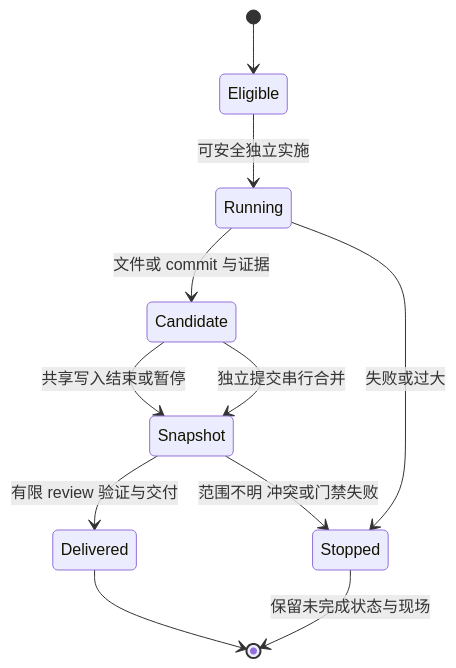
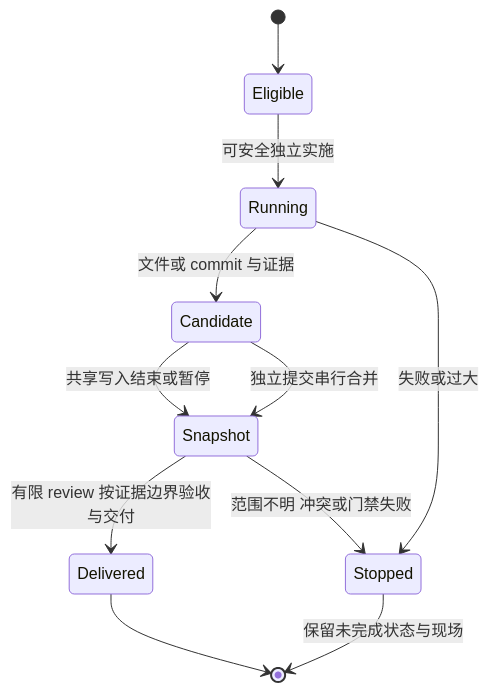
The sixth of 8 diagrams in docs/architecture/spec-implementation.md (liu-qingyuan/skills-sync-lqy), drawn with Mermaid before and after one commit. The commit also changed other lines of this file and 10 other files, not shown here.

````diff
--- a/docs/architecture/spec-implementation.md
+++ b/docs/architecture/spec-implementation.md
@@ -80,13 +84,13 @@
 ```mermaid
 stateDiagram-v2
     [*] --> Eligible
     Eligible --> Running: 可安全独立实施
     Running --> Candidate: 文件或 commit 与证据
     Candidate --> Snapshot: 共享写入结束或暂停
     Candidate --> Snapshot: 独立提交串行合并
-    Snapshot --> Delivered: 有限 review 验证与交付
+    Snapshot --> Delivered: 有限 review 按证据边界验收与交付
     Snapshot --> Stopped: 范围不明 冲突或门禁失败
     Running --> Stopped: 失败或过大
     Delivered --> [*]
     Stopped --> [*]: 保留未完成状态与现场
 ```
````
